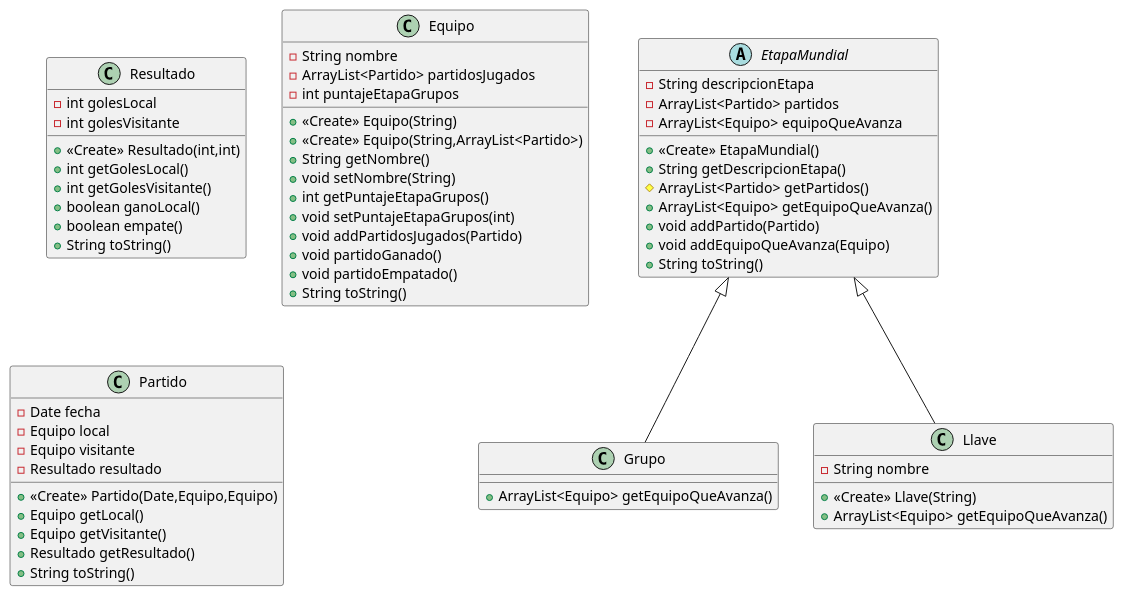
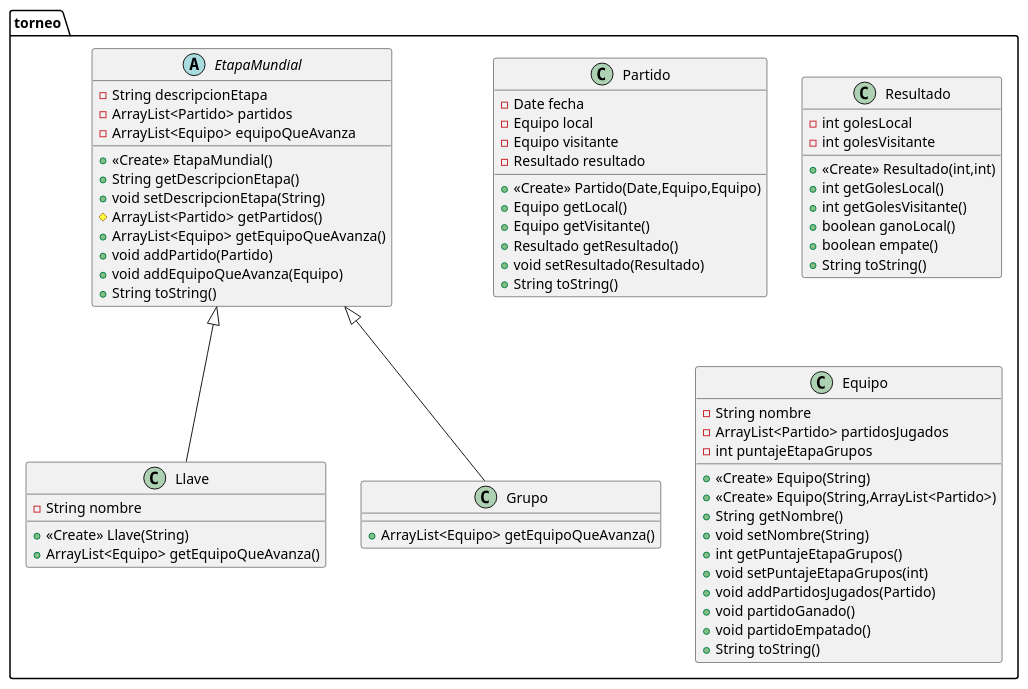
One commit to Kei-Degregorio-Davinci/TP.2 changed the diagram in Mundial.puml. Above: the diagram before and after it, drawn with PlantUML. The commit also changed 7 other files, not shown here.

```diff
--- a/Mundial.puml
+++ b/Mundial.puml
@@ -1,62 +1,64 @@
 @startuml
-abstract class EtapaMundial {
+class torneo.Llave {
+- String nombre
++ <<Create>> Llave(String)
++ ArrayList<Equipo> getEquipoQueAvanza()
+}
+abstract class torneo.EtapaMundial {
 - String descripcionEtapa
 - ArrayList<Partido> partidos
 - ArrayList<Equipo> equipoQueAvanza
 + <<Create>> EtapaMundial()
 + String getDescripcionEtapa()
++ void setDescripcionEtapa(String)
 # ArrayList<Partido> getPartidos()
 + ArrayList<Equipo> getEquipoQueAvanza()
 + void addPartido(Partido)
 + void addEquipoQueAvanza(Equipo)
 + String toString()
 }
-class Resultado {
+class torneo.Partido {
+- Date fecha
+- Equipo local
+- Equipo visitante
+- Resultado resultado
++ <<Create>> Partido(Date,Equipo,Equipo)
++ Equipo getLocal()
++ Equipo getVisitante()
++ Resultado getResultado()
++ void setResultado(Resultado)
++ String toString()
+}
+class torneo.Resultado {
 - int golesLocal
 - int golesVisitante
 + <<Create>> Resultado(int,int)
 + int getGolesLocal()
 + int getGolesVisitante()
 + boolean ganoLocal()
 + boolean empate()
 + String toString()
 }
-class Equipo {
+class torneo.Equipo {
 - String nombre
 - ArrayList<Partido> partidosJugados
 - int puntajeEtapaGrupos
 + <<Create>> Equipo(String)
 + <<Create>> Equipo(String,ArrayList<Partido>)
 + String getNombre()
 + void setNombre(String)
 + int getPuntajeEtapaGrupos()
 + void setPuntajeEtapaGrupos(int)
 + void addPartidosJugados(Partido)
 + void partidoGanado()
 + void partidoEmpatado()
 + String toString()
 }
-class Grupo {
-+ ArrayList<Equipo> getEquipoQueAvanza()
-}
-class Partido {
-- Date fecha
-- Equipo local
-- Equipo visitante
-- Resultado resultado
-+ <<Create>> Partido(Date,Equipo,Equipo)
-+ Equipo getLocal()
-+ Equipo getVisitante()
-+ Resultado getResultado()
-+ String toString()
-}
-class Llave {
-- String nombre
-+ <<Create>> Llave(String)
+class torneo.Grupo {
 + ArrayList<Equipo> getEquipoQueAvanza()
 }
 
 
-EtapaMundial <|-- Grupo
-EtapaMundial <|-- Llave
+torneo.EtapaMundial <|-- torneo.Llave
+torneo.EtapaMundial <|-- torneo.Grupo
 @enduml
```
